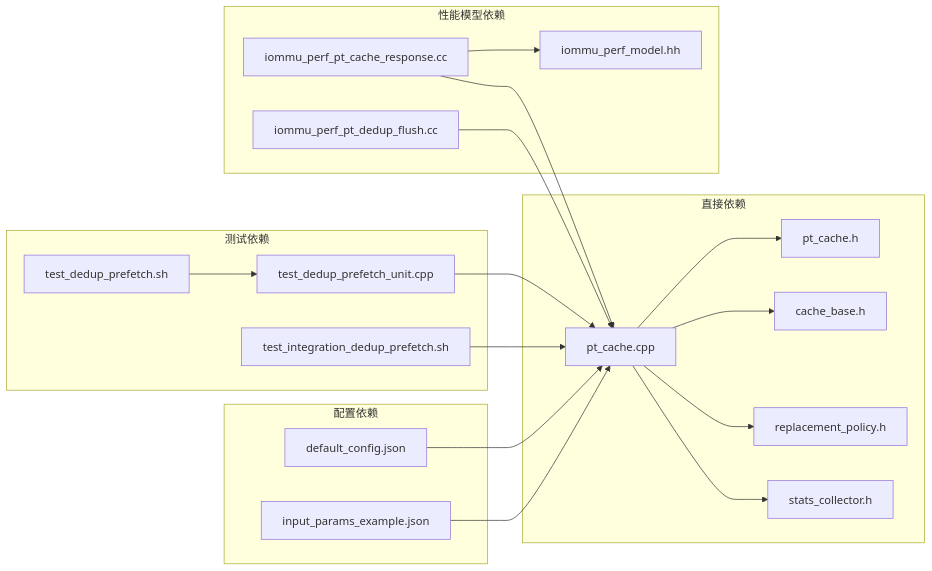
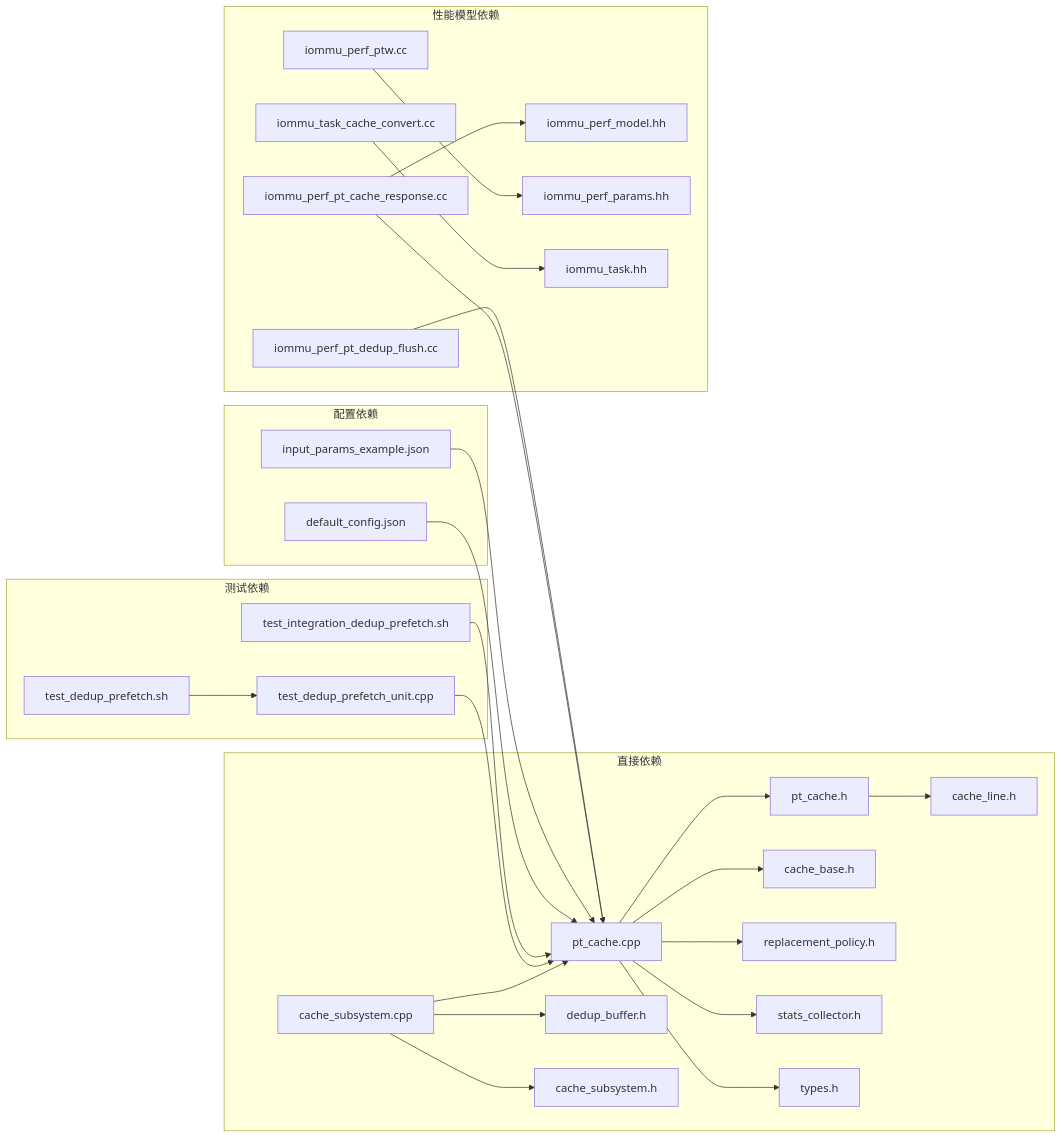
Before and after one commit to jiangjiang1122/iommu_model_20260401_v1: the tenth of 10 diagrams in .qoder/repowiki/zh/content/缓存系统架构/PT Cache预取实现分析.md, drawn with Mermaid. The commit also changed other lines of this file and 16 other files, not shown here.

````diff
--- a/.qoder/repowiki/zh/content/缓存系统架构/PT Cache预取实现分析.md
+++ b/.qoder/repowiki/zh/content/缓存系统架构/PT Cache预取实现分析.md
@@ -314,23 +438,30 @@
 ```mermaid
 graph LR
 subgraph "直接依赖"
 A[pt_cache.cpp] --> B[pt_cache.h]
 A --> C[cache_base.h]
 A --> D[replacement_policy.h]
 A --> E[stats_collector.h]
+A --> F[types.h]
+B --> G[cache_line.h]
+H[cache_subsystem.cpp] --> A
+H --> I[dedup_buffer.h]
+H --> J[cache_subsystem.h]
 end
 subgraph "性能模型依赖"
-F[iommu_perf_pt_cache_response.cc] --> A
-G[iommu_perf_pt_dedup_flush.cc] --> A
-F --> H[iommu_perf_model.hh]
+K[iommu_perf_pt_cache_response.cc] --> A
+L[iommu_perf_pt_dedup_flush.cc] --> A
+K --> M[iommu_perf_model.hh]
+N[iommu_perf_ptw.cc] --> O[iommu_perf_params.hh]
+P[iommu_task_cache_convert.cc] --> Q[iommu_task.hh]
 end
 subgraph "测试依赖"
-I[test_dedup_prefetch_unit.cpp] --> A
-J[test_dedup_prefetch.sh] --> I
-K[test_integration_dedup_prefetch.sh] --> A
+R[test_dedup_prefetch_unit.cpp] --> A
+S[test_dedup_prefetch.sh] --> R
+T[test_integration_dedup_prefetch.sh] --> A
 end
 subgraph "配置依赖"
-L[default_config.json] --> A
-M[input_params_example.json] --> A
+U[default_config.json] --> A
+V[input_params_example.json] --> A
 end
 ```
````
